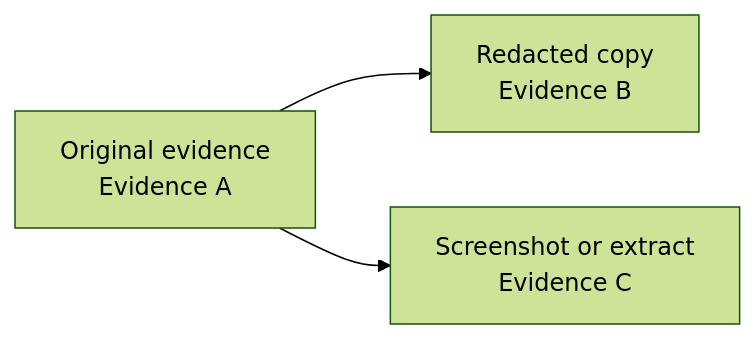
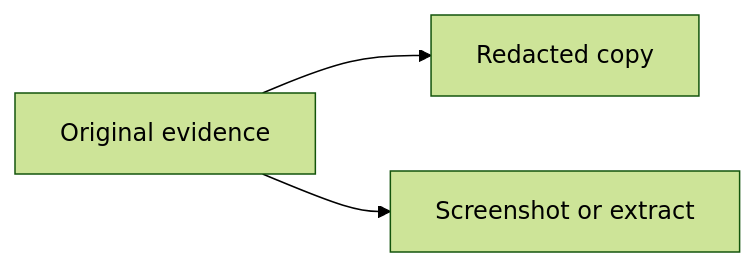
One commit to alhemdrew/verichain changed the second of 3 diagrams in README.md. Above: the diagram before and after it, drawn with Mermaid (forest theme). The commit also changed other lines of this file, not shown here.

Commit message:
Fix GitHub Mermaid rendering

````diff
--- a/README.md
+++ b/README.md
@@ -229,5 +229,5 @@
 ```mermaid
-flowchart LR
-    O[Original evidence\nEvidence A] --> R[Redacted copy\nEvidence B]
-    O --> S[Screenshot or extract\nEvidence C]
+graph LR
+      O["Original evidence"] --> R["Redacted copy"]
+      O --> S["Screenshot or extract"]
 ```
````
